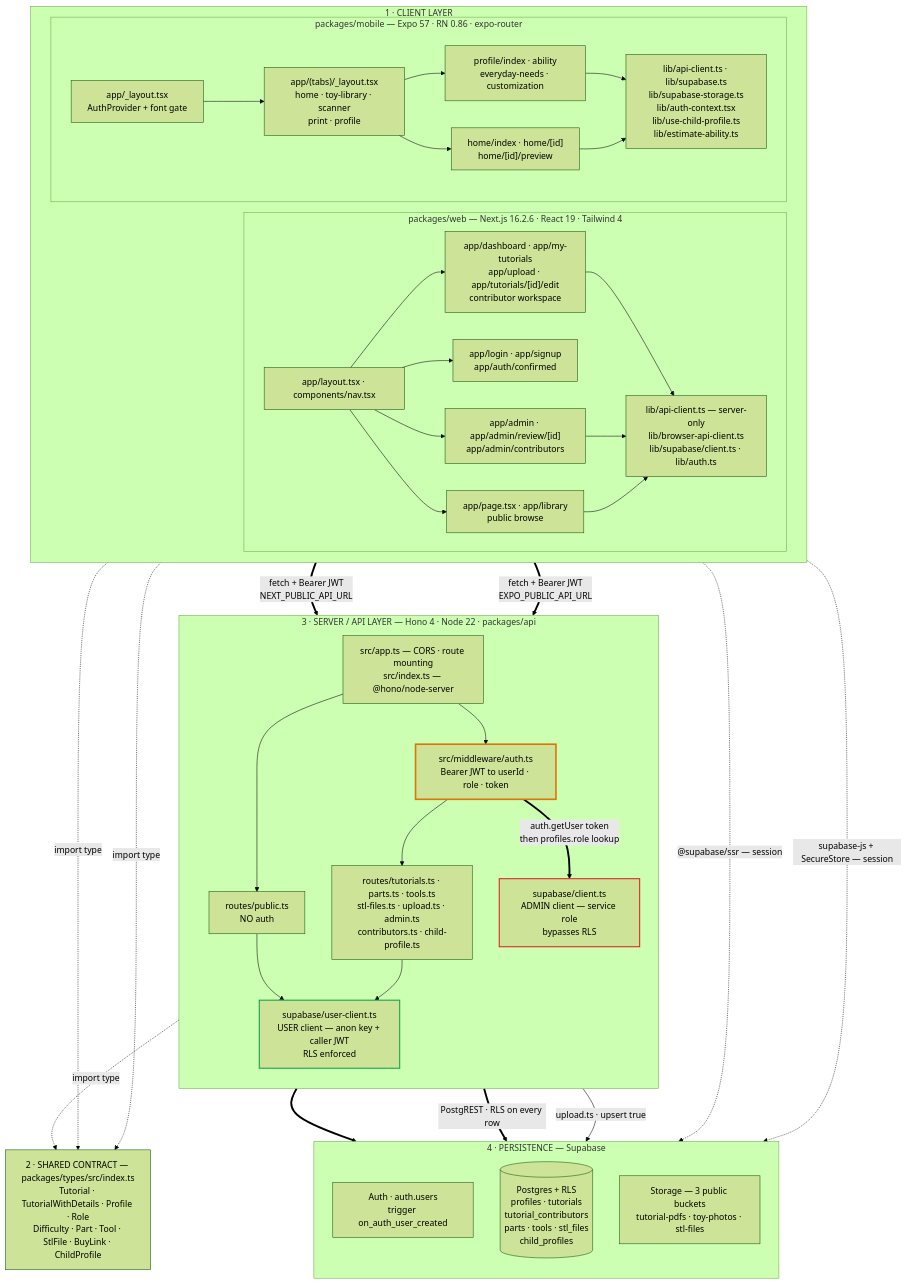
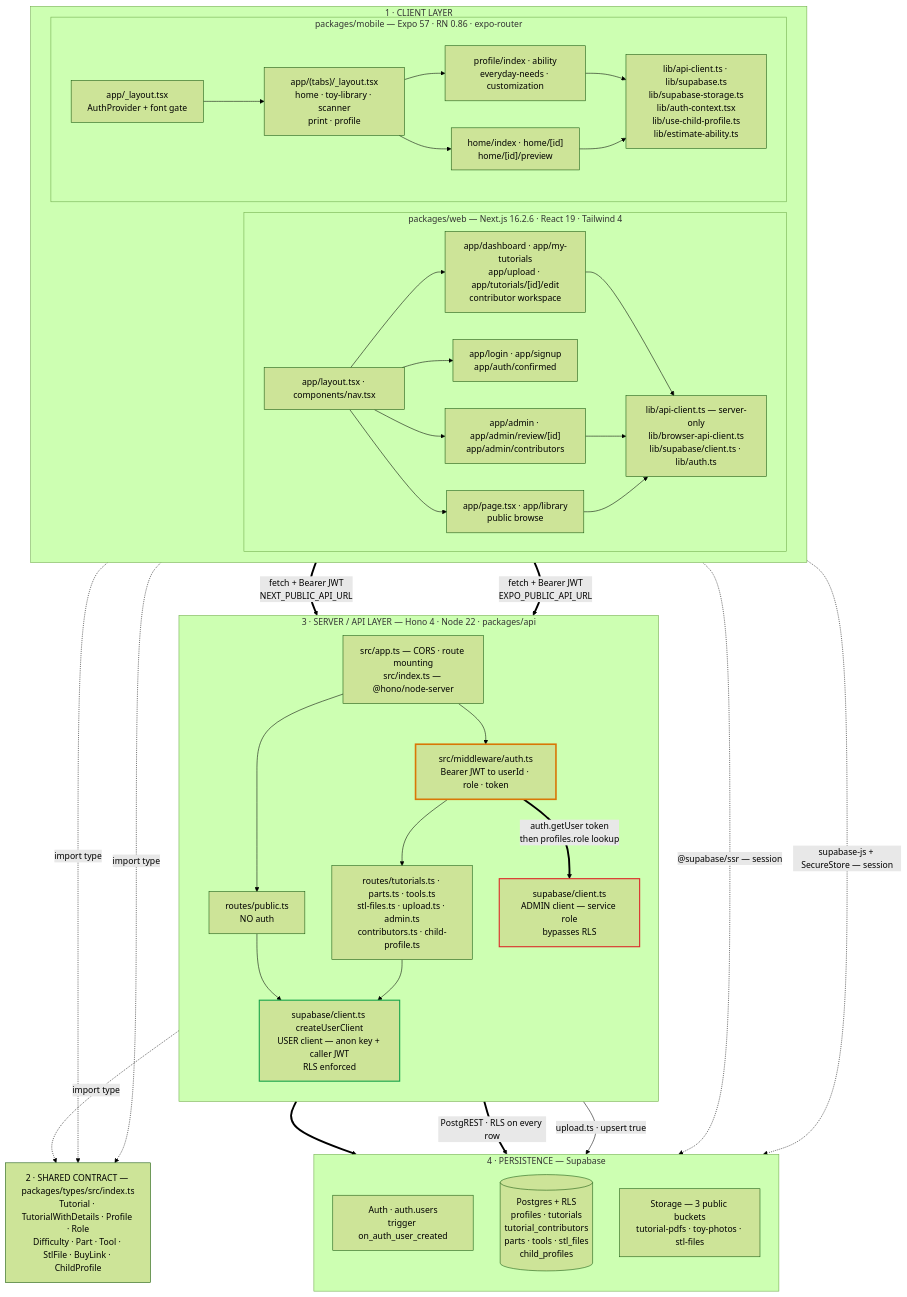
The first of 6 diagrams in ARCHITECTURE.md (bpetselis01/splat-connect), drawn with Mermaid (forest theme) before and after one commit. The commit also changed other lines of this file and 1 other file, not shown here.

````diff
--- a/ARCHITECTURE.md
+++ b/ARCHITECTURE.md
@@ -28,67 +28,67 @@
 ```mermaid
 flowchart TB
     subgraph CLI["1 · CLIENT LAYER"]
         direction LR
         subgraph WEB["packages/web — Next.js 16.2.6 · React 19 · Tailwind 4"]
             WL["app/layout.tsx · components/nav.tsx"]
             WPUB["app/page.tsx · app/library<br/>public browse"]
             WAUTH["app/login · app/signup<br/>app/auth/confirmed"]
             WCON["app/dashboard · app/my-tutorials<br/>app/upload · app/tutorials/[id]/edit<br/>contributor workspace"]
             WADM["app/admin · app/admin/review/[id]<br/>app/admin/contributors"]
             WAPI["lib/api-client.ts — server-only<br/>lib/browser-api-client.ts<br/>lib/supabase/client.ts · lib/auth.ts"]
         end
         subgraph MOB["packages/mobile — Expo 57 · RN 0.86 · expo-router"]
             MROOT["app/_layout.tsx<br/>AuthProvider + font gate"]
             MTAB["app/(tabs)/_layout.tsx<br/>home · toy-library · scanner<br/>print · profile"]
             MPROF["profile/index · ability<br/>everyday-needs · customization"]
             MHOME["home/index · home/[id]<br/>home/[id]/preview"]
             MLIB["lib/api-client.ts · lib/supabase.ts<br/>lib/supabase-storage.ts<br/>lib/auth-context.tsx<br/>lib/use-child-profile.ts<br/>lib/estimate-ability.ts"]
         end
     end
 
     TYPES["2 · SHARED CONTRACT — packages/types/src/index.ts<br/>Tutorial · TutorialWithDetails · Profile · Role<br/>Difficulty · Part · Tool · StlFile · BuyLink · ChildProfile"]
 
     subgraph API["3 · SERVER / API LAYER — Hono 4 · Node 22 · packages/api"]
         direction TB
         APP["src/app.ts — CORS · route mounting<br/>src/index.ts — @hono/node-server"]
         MW["src/middleware/auth.ts<br/>Bearer JWT to userId · role · token"]
         RPUB["routes/public.ts<br/>NO auth"]
         RPROT["routes/tutorials.ts · parts.ts · tools.ts<br/>stl-files.ts · upload.ts · admin.ts<br/>contributors.ts · child-profile.ts"]
         SBA["supabase/client.ts<br/>ADMIN client — service role<br/>bypasses RLS"]
-        SBU["supabase/user-client.ts<br/>USER client — anon key + caller JWT<br/>RLS enforced"]
+        SBU["supabase/client.ts createUserClient<br/>USER client — anon key + caller JWT<br/>RLS enforced"]
     end
 
     subgraph SUP["4 · PERSISTENCE — Supabase"]
         direction TB
         AUTH["Auth · auth.users<br/>trigger on_auth_user_created"]
         DB[("Postgres + RLS<br/>profiles · tutorials<br/>tutorial_contributors<br/>parts · tools · stl_files<br/>child_profiles")]
         ST["Storage — 3 public buckets<br/>tutorial-pdfs · toy-photos · stl-files"]
     end
 
     WL --> WPUB & WAUTH & WCON & WADM
     WCON & WADM & WPUB --> WAPI
     MROOT --> MTAB --> MPROF & MHOME
     MPROF & MHOME --> MLIB
 
     WAPI ==>|"fetch + Bearer JWT<br/>NEXT_PUBLIC_API_URL"| APP
     MLIB ==>|"fetch + Bearer JWT<br/>EXPO_PUBLIC_API_URL"| APP
     WAPI -.->|"@supabase/ssr — session"| AUTH
     MLIB -.->|"supabase-js + SecureStore — session"| AUTH
 
     WEB -.->|import type| TYPES
     MOB -.->|import type| TYPES
     API -.->|import type| TYPES
 
     APP --> RPUB
     APP --> MW --> RPROT
     MW ==>|"auth.getUser token<br/>then profiles.role lookup"| SBA
     RPROT --> SBU
     RPUB --> SBU
     SBA ==> AUTH
     SBU ==>|"PostgREST · RLS on every row"| DB
     RPROT -->|"upload.ts · upsert true"| ST
 
     style MW stroke:#d97706,stroke-width:3px
     style SBA stroke:#dc2626,stroke-width:2px
     style SBU stroke:#16a34a,stroke-width:2px
 ```
````
